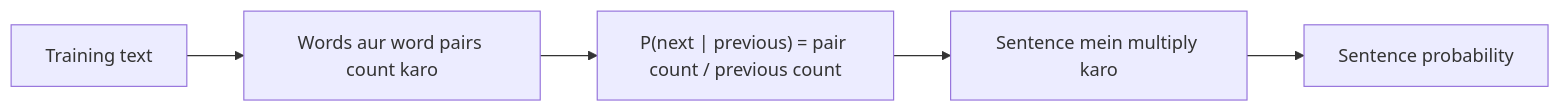
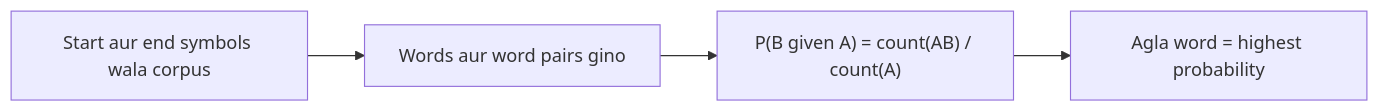
The diagram in content/natural-language-processing/pyq/2024-12/q2a.hi.mdx (TrendySloth1001/sem-seven-notes), drawn with Mermaid before and after one commit. The commit also changed other lines of this file and 406 other files, not shown here.

````diff
--- a/content/natural-language-processing/pyq/2024-12/q2a.hi.mdx
+++ b/content/natural-language-processing/pyq/2024-12/q2a.hi.mdx
@@ -62,8 +17,7 @@
 ```mermaid
-%% caption: Bigram model sirf ek word peeche dekhta hai, training mein jo uske baad aaya uski counting karta hai, aur counts ko probabilities mein badalta hai.
+%% caption: N-gram language model kaise predict karta hai: corpus mein word pairs gino, counts ko probabilities mein badlo, sabse probable agla word chuno.
 flowchart LR
-  A["Training text"] --> B["Words aur word pairs count karo"]
-  B --> C["P(next | previous) = pair count / previous count"]
-  C --> D["Sentence mein multiply karo"]
-  D --> E["Sentence probability"]
+  A["Start aur end symbols wala corpus"] --> B["Words aur word pairs gino"]
+  B --> C["P(B given A) = count(AB) / count(A)"]
+  C --> D["Agla word = highest probability"]
 ```
````
